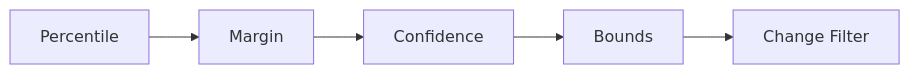
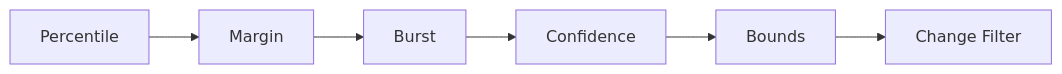
The diagram in docs/getting-started/concepts.md (attune-io/attune), drawn with Mermaid before and after one commit. The commit also changed other lines of this file and 5 other files, not shown here.

Commit message:
Align architecture docs with defaults resolution

````diff
--- a/docs/getting-started/concepts.md
+++ b/docs/getting-started/concepts.md
@@ -55,7 +55,8 @@
 ```mermaid
 flowchart LR
   A[Percentile] --> B[Margin]
-  B --> C[Confidence]
-  C --> D[Bounds]
-  D --> E[Change Filter]
+  B --> C[Burst]
+  C --> D[Confidence]
+  D --> E[Bounds]
+  E --> F[Change Filter]
 ```
````
